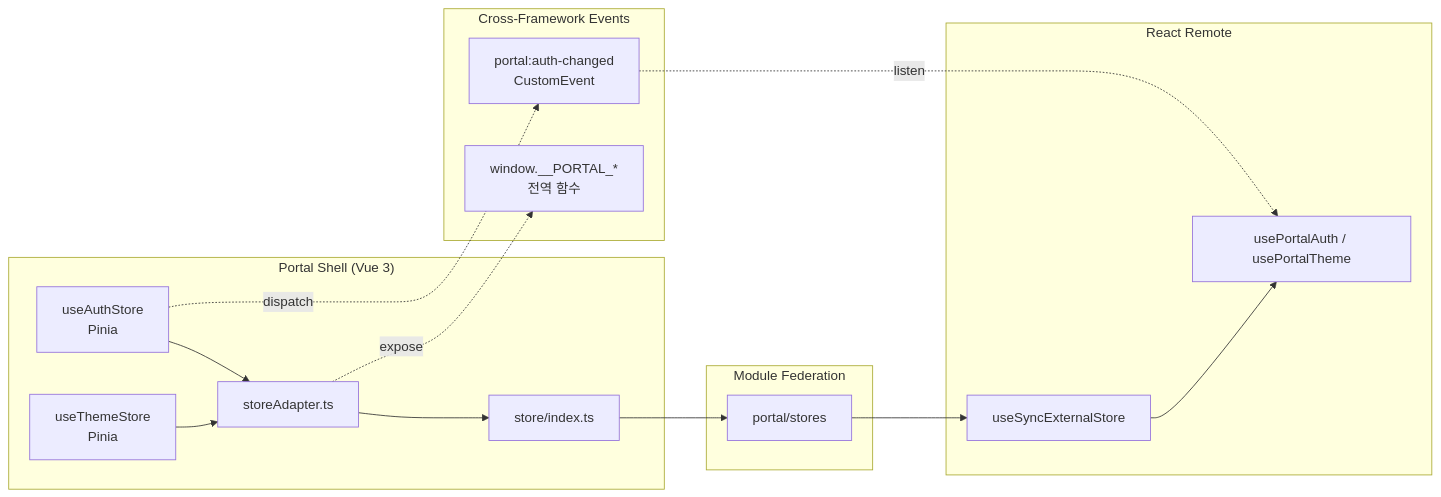
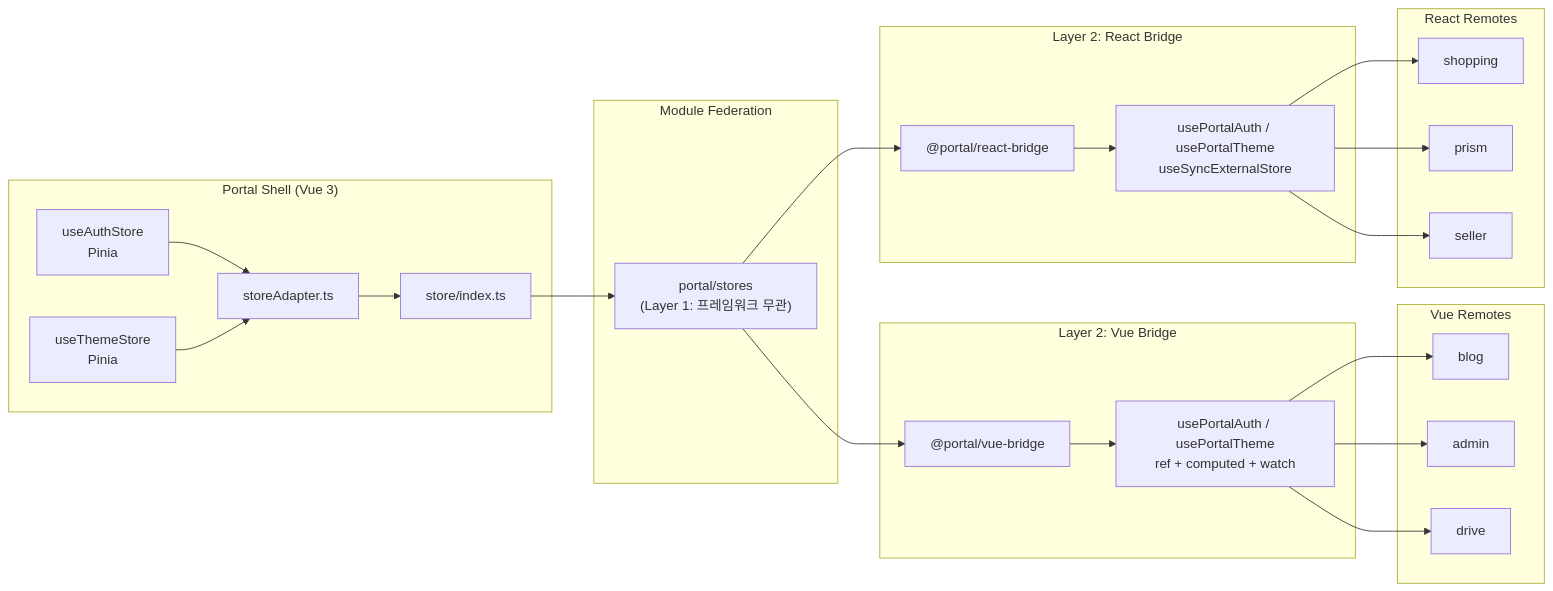
One commit to L-a-z-e/portal-universe changed the first of 2 diagrams in docs/architecture/portal-shell/cross-framework-bridge.md. Above: the diagram before and after it, drawn with Mermaid. The commit also changed other lines of this file and 12 other files, not shown here.

First line of the commit message:
feat(vue-bridge): create @portal/vue-bridge package

````diff
--- a/docs/architecture/portal-shell/cross-framework-bridge.md
+++ b/docs/architecture/portal-shell/cross-framework-bridge.md
@@ -33,35 +41,50 @@
 ```mermaid
 graph LR
     subgraph "Portal Shell (Vue 3)"
         AUTH[useAuthStore<br/>Pinia]
         THEME[useThemeStore<br/>Pinia]
         SA[storeAdapter.ts]
         IDX[store/index.ts]
 
         AUTH --> SA
         THEME --> SA
         SA --> IDX
     end
 
     subgraph "Module Federation"
-        MF["portal/stores"]
+        MF["portal/stores<br/>(Layer 1: 프레임워크 무관)"]
         IDX --> MF
     end
 
-    subgraph "React Remote"
-        USE[useSyncExternalStore]
-        HOOK[usePortalAuth / usePortalTheme]
-
-        MF --> USE
-        USE --> HOOK
+    subgraph "Layer 2: Vue Bridge"
+        VB["@portal/vue-bridge"]
+        VC["usePortalAuth / usePortalTheme<br/>ref + computed + watch"]
+        MF --> VB
+        VB --> VC
     end
 
-    subgraph "Cross-Framework Events"
-        CE["portal:auth-changed<br/>CustomEvent"]
-        WG["window.__PORTAL_*<br/>전역 함수"]
+    subgraph "Layer 2: React Bridge"
+        RB["@portal/react-bridge"]
+        RC["usePortalAuth / usePortalTheme<br/>useSyncExternalStore"]
+        MF --> RB
+        RB --> RC
     end
 
-    AUTH -.->|dispatch| CE
-    CE -.->|listen| HOOK
-    SA -.->|expose| WG
+    subgraph "Vue Remotes"
+        BLOG[blog]
+        ADMIN[admin]
+        DRIVE[drive]
+        VC --> BLOG
+        VC --> ADMIN
+        VC --> DRIVE
+    end
+
+    subgraph "React Remotes"
+        SHOP[shopping]
+        PRISM[prism]
+        SELLER[seller]
+        RC --> SHOP
+        RC --> PRISM
+        RC --> SELLER
+    end
 ```
````
